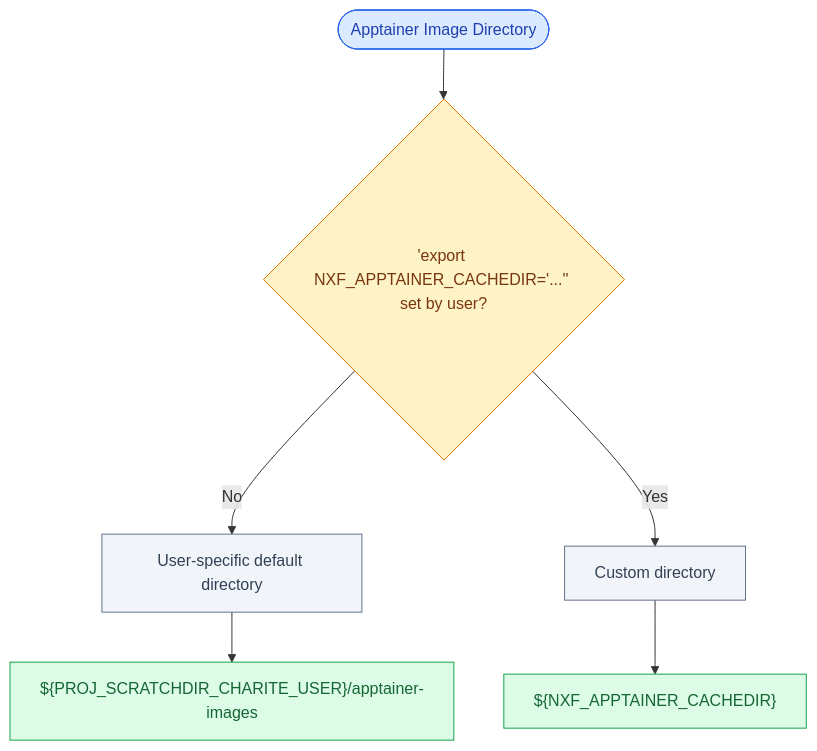
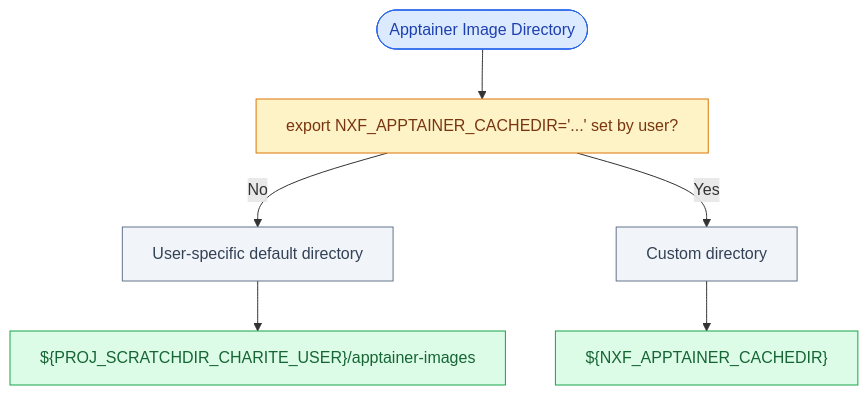
Before and after one commit to ScientificComputingCharite/configs: the first of 2 diagrams in docs/charite.md, drawn with Mermaid. The commit also changed other lines of this file, not shown here.

````diff
--- a/docs/charite.md
+++ b/docs/charite.md
@@ -210,22 +210,27 @@
 ```mermaid
+---
+config:
+  flowchart:
+    wrappingWidth: 1000
+---
 flowchart TD
     A(["Apptainer Image Directory"])
-    B{"'export NXF_APPTAINER_CACHEDIR='...'' set by user?"}
+    B["export NXF_APPTAINER_CACHEDIR='...' set by user?"]
     C["User-specific default directory"]
     D["Custom directory"]
     E["${PROJ_SCRATCHDIR_CHARITE_USER}/apptainer-images"]
     F["${NXF_APPTAINER_CACHEDIR}"]
     A --> B
     B -->|"No"| C
     B -->|"Yes"| D
     C --> E
     D --> F
     classDef start fill:#dbeafe,stroke:#2563eb,color:#1e40af
     classDef decision fill:#fef3c7,stroke:#d97706,color:#78350f
     classDef path fill:#dcfce7,stroke:#16a34a,color:#166534
     classDef category fill:#f1f5f9,stroke:#64748b,color:#334155
     class A start
     class B decision
     class C,D category
     class E,F path
 ```
````
